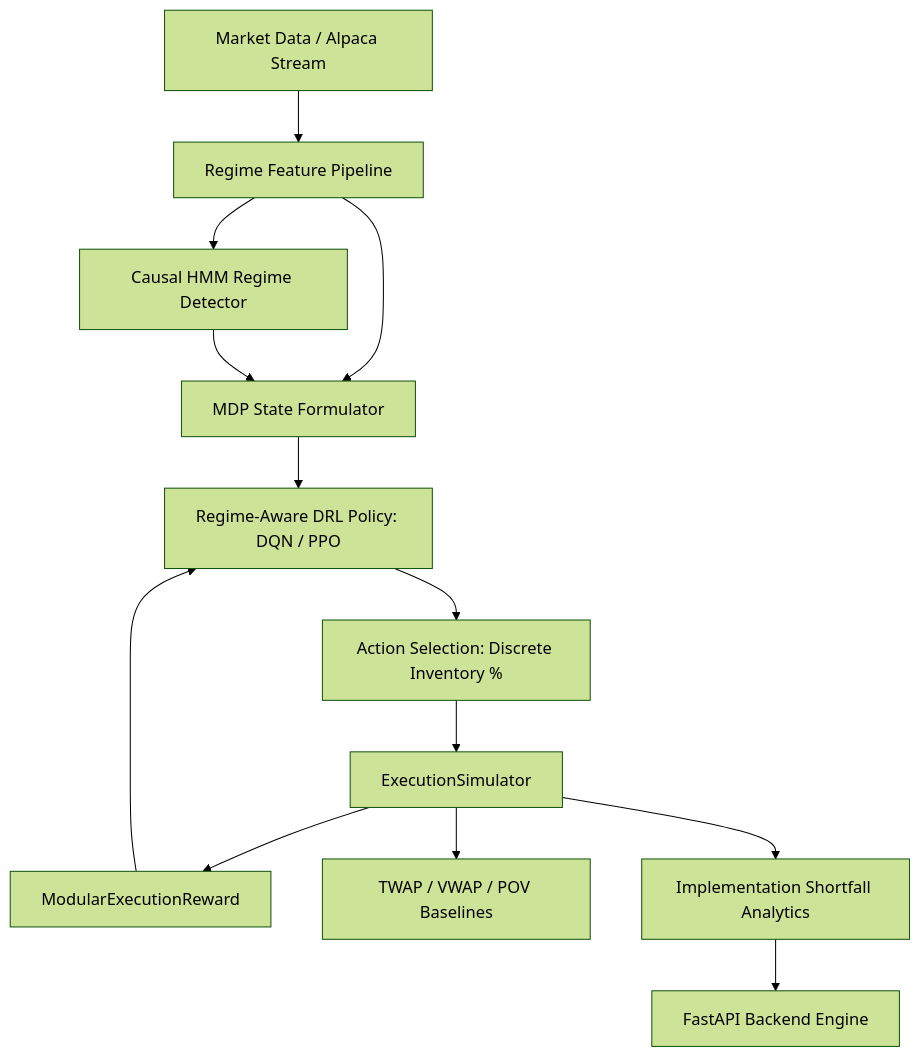
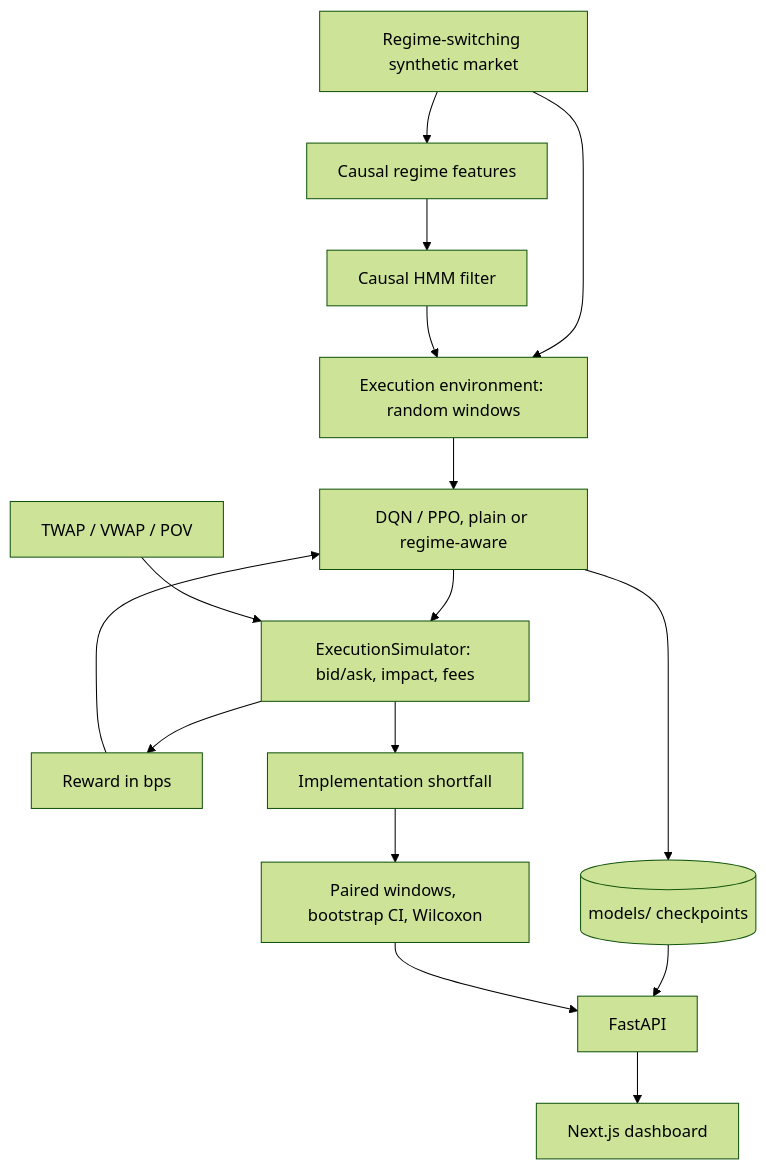
The diagram in README.md (nishnarudkar/KAIRO-Regime-Aware-Deep-Reinforcement-Learning-for-Optimal-Trade-Execution), drawn with Mermaid (forest theme) before and after one commit. The commit also changed other lines of this file and 43 other files, not shown here.

````diff
--- a/README.md
+++ b/README.md
@@ -57,15 +63,18 @@
 ```mermaid
 flowchart TD
-    Data[Market Data / Alpaca Stream] --> FeatureEng[Regime Feature Pipeline]
-    FeatureEng --> HMM[Causal HMM Regime Detector]
-    FeatureEng --> StateBuilder[MDP State Formulator]
-    HMM --> StateBuilder
-    StateBuilder --> Agent[Regime-Aware DRL Policy: DQN / PPO]
-    Agent --> ActionSpace[Action Selection: Discrete Inventory %]
-    ActionSpace --> ExecEnv[ExecutionSimulator]
-    ExecEnv --> RewardEngine[ModularExecutionReward]
-    RewardEngine --> Agent
-    ExecEnv --> Baselines[TWAP / VWAP / POV Baselines]
-    ExecEnv --> Metrics[Implementation Shortfall Analytics]
-    Metrics --> API[FastAPI Backend Engine]
+    Gen[Regime-switching synthetic market] --> Feat[Causal regime features]
+    Feat --> HMM[Causal HMM filter]
+    Gen --> Env[Execution environment: random windows]
+    HMM --> Env
+    Env --> Agent[DQN / PPO, plain or regime-aware]
+    Agent --> Sim[ExecutionSimulator: bid/ask, impact, fees]
+    Sim --> Reward[Reward in bps]
+    Reward --> Agent
+    Sim --> Metrics[Implementation shortfall]
+    Base[TWAP / VWAP / POV] --> Sim
+    Metrics --> Stats[Paired windows, bootstrap CI, Wilcoxon]
+    Agent --> Models[(models/ checkpoints)]
+    Models --> API[FastAPI]
+    Stats --> API
+    API --> UI[Next.js dashboard]
 ```
````
